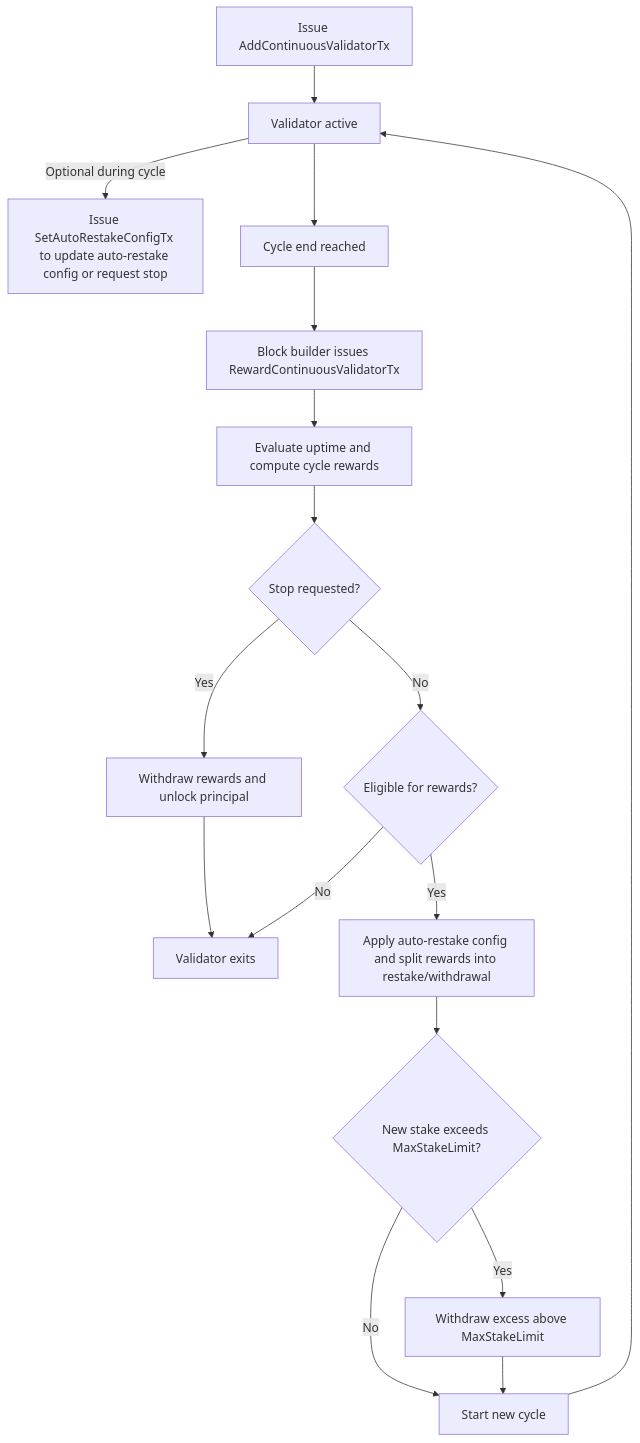
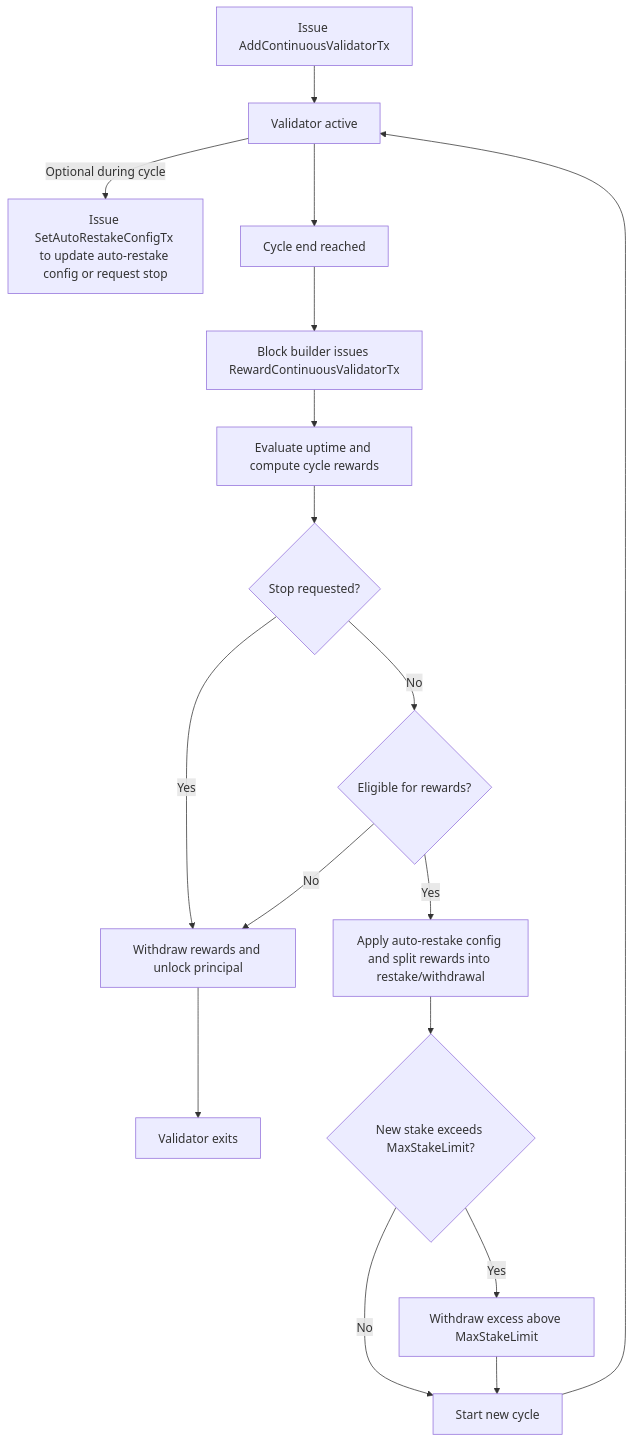
One commit to avalanche-foundation/ACPs changed the diagram in ACPs/236-continuous-staking/README.md. Above: the diagram before and after it, drawn with Mermaid.

Commit message:
Fix diagram flow

````diff
--- a/ACPs/236-continuous-staking/README.md
+++ b/ACPs/236-continuous-staking/README.md
@@ -167,23 +167,23 @@
 ```mermaid
 flowchart TD
   A[Issue AddContinuousValidatorTx] --> B[Validator active]
 
   B -->|Optional during cycle| C[Issue SetAutoRestakeConfigTx to update auto-restake config or request stop]
 
   B --> D[Cycle end reached]
   D --> E[Block builder issues RewardContinuousValidatorTx]
   E --> F[Evaluate uptime and compute cycle rewards]
   F --> G{Stop requested?}
 
   G -->|Yes| H[Withdraw rewards and unlock principal]
   H --> I[Validator exits]
 
   G -->|No| J{Eligible for rewards?}
-  J -->|No| I
+  J -->|No| H
   J -->|Yes| K[Apply auto-restake config and split rewards into restake/withdrawal]
   K --> L{New stake exceeds MaxStakeLimit?}
   L -->|Yes| M[Withdraw excess above MaxStakeLimit]
   L -->|No| N[Start new cycle]
   M --> N[Start new cycle]
   N --> B
 ```
````
